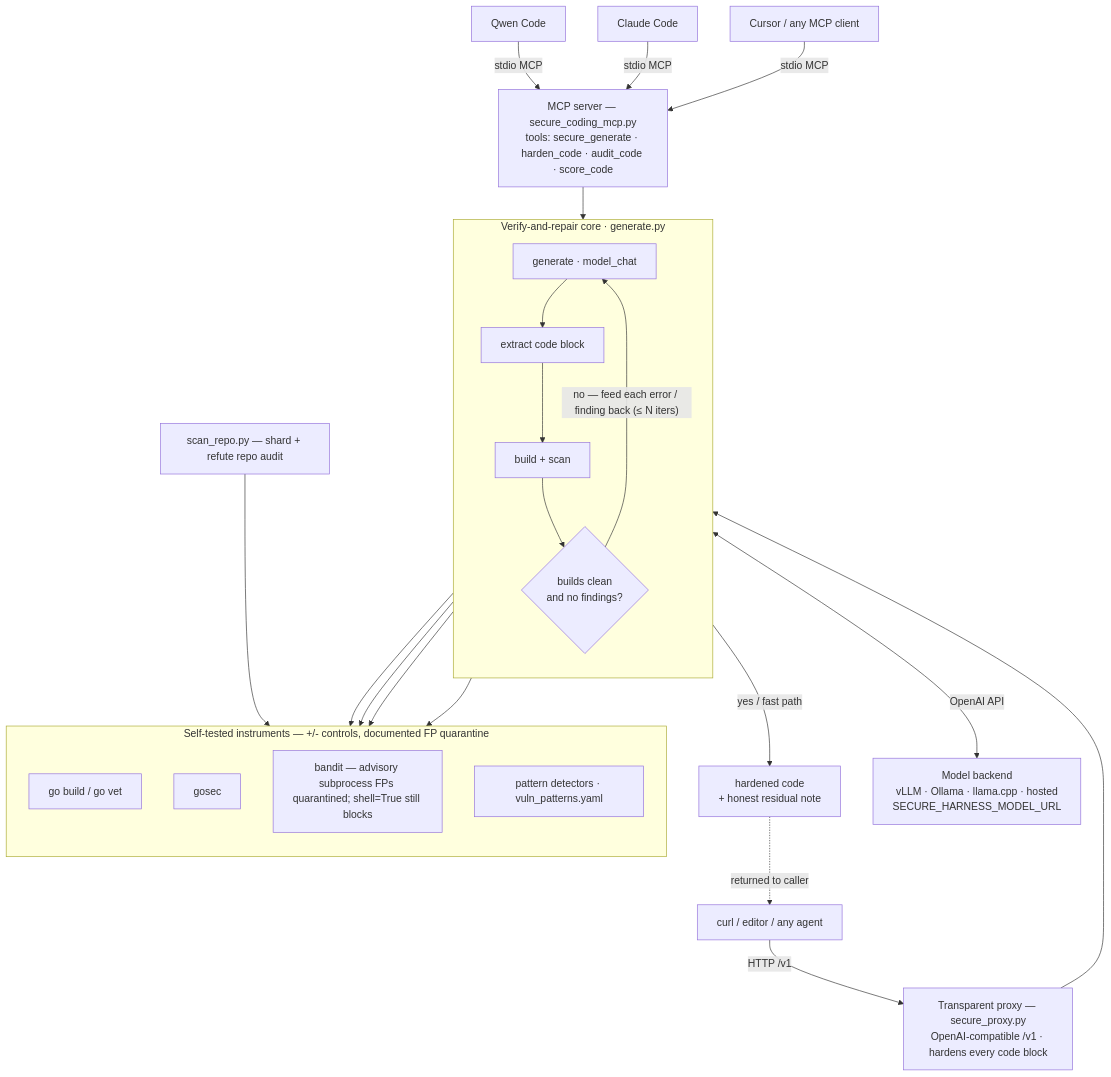
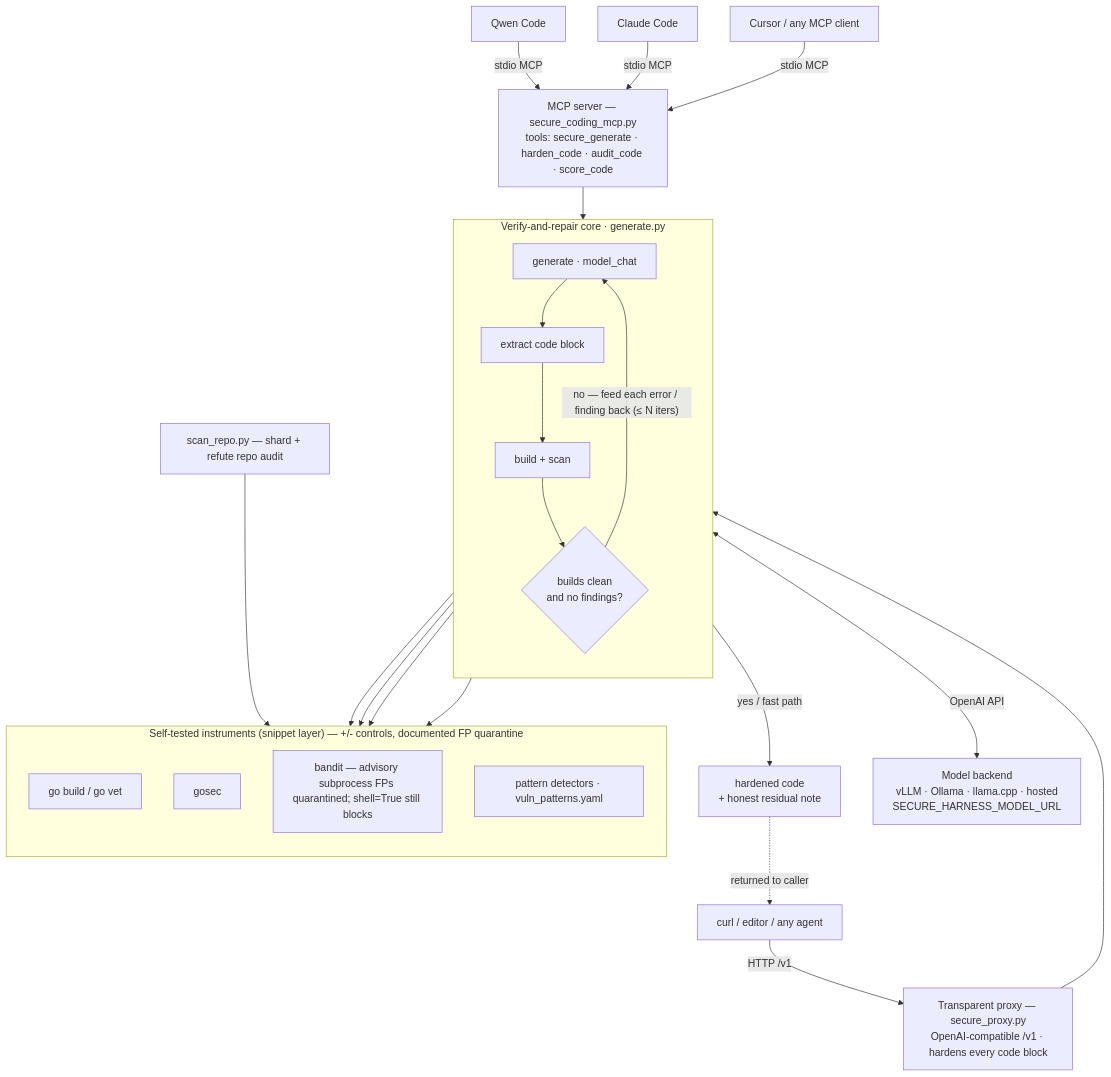
Before and after one commit to calvarado2004/secure-harness-mcp: the diagram in README.md, drawn with Mermaid. The commit also changed other lines of this file, not shown here.

````diff
--- a/README.md
+++ b/README.md
@@ -132,41 +146,41 @@
 ```mermaid
 flowchart TD
     C1["Qwen Code"] -->|stdio MCP| MCP
     C2["Claude Code"] -->|stdio MCP| MCP
     C3["Cursor / any MCP client"] -->|stdio MCP| MCP
     C4["curl / editor / any agent"] -->|HTTP /v1| PROXY
 
     MCP["MCP server — secure_coding_mcp.py<br/>tools: secure_generate · harden_code · audit_code · score_code"]
     PROXY["Transparent proxy — secure_proxy.py<br/>OpenAI-compatible /v1 · hardens every code block"]
 
     MCP --> GEN
     PROXY --> GEN
 
     subgraph loop["Verify-and-repair core · generate.py"]
         direction TB
         GEN["generate · model_chat"] --> EXT["extract code block"]
         EXT --> SCAN["build + scan"]
         SCAN --> DEC{"builds clean<br/>and no findings?"}
         DEC -->|"no — feed each error / finding back (≤ N iters)"| GEN
     end
 
     DEC -->|yes / fast path| OUT["hardened code<br/>+ honest residual note"]
     OUT -.->|returned to caller| C4
 
     GEN <-->|OpenAI API| BE["Model backend<br/>vLLM · Ollama · llama.cpp · hosted<br/>SECURE_HARNESS_MODEL_URL"]
 
-    subgraph instr["Self-tested instruments — +/- controls, documented FP quarantine"]
+    subgraph instr["Self-tested instruments (snippet layer) — +/- controls, documented FP quarantine"]
         direction TB
         I1["go build / go vet"]
         I2["gosec"]
         I3["bandit — advisory subprocess FPs quarantined; shell=True still blocks"]
         I4["pattern detectors · vuln_patterns.yaml"]
     end
 
     SCAN --> I1
     SCAN --> I2
     SCAN --> I3
     SCAN --> I4
 
     AUD["scan_repo.py — shard + refute repo audit"] --> I4
 ```
````
